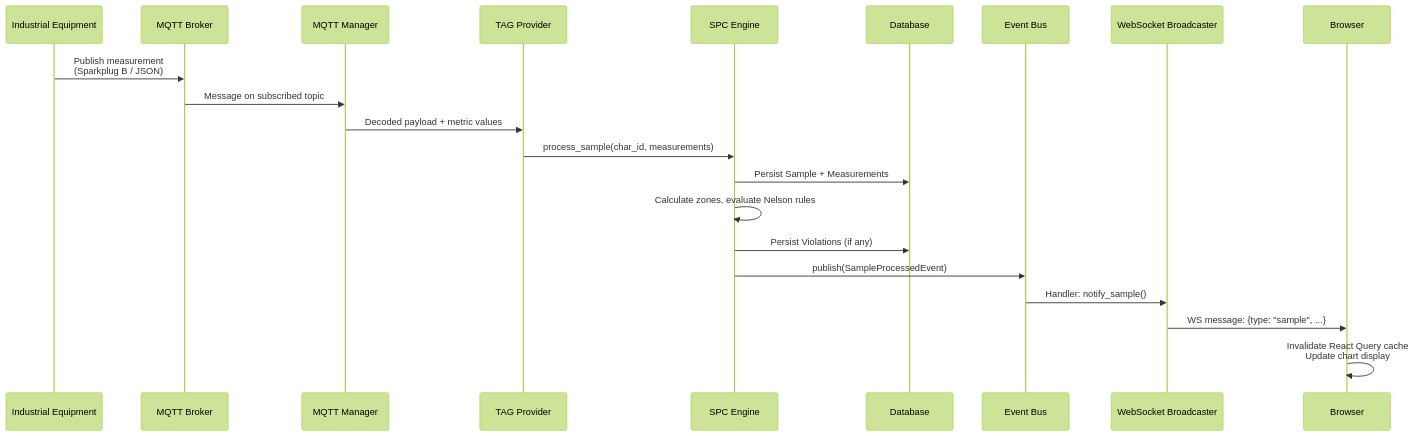
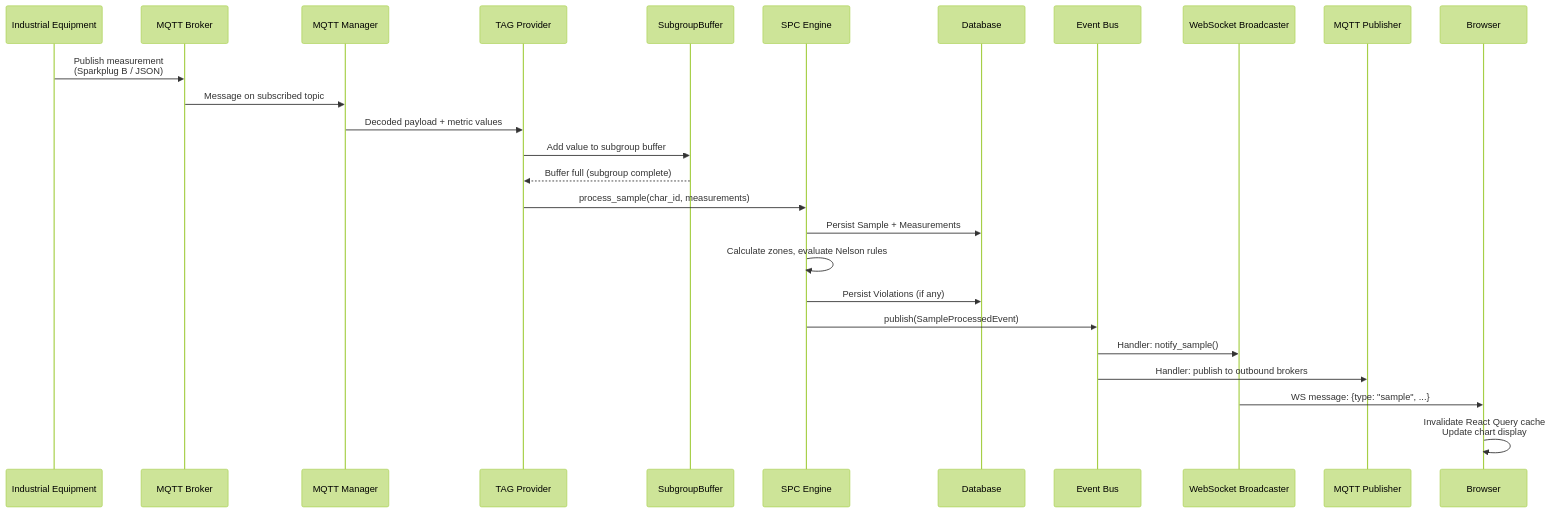
The ninth of 14 diagrams in docs/architecture.md (djbrandl/OpenSPC), drawn with Mermaid (forest theme) before and after one commit. The commit also changed other lines of this file and 25 other files, not shown here.

````diff
--- a/docs/architecture.md
+++ b/docs/architecture.md
@@ -354,24 +405,29 @@
 ```mermaid
 sequenceDiagram
     participant PLC as Industrial Equipment
     participant Broker as MQTT Broker
     participant MQTT as MQTT Manager
     participant TAG as TAG Provider
+    participant Buffer as SubgroupBuffer
     participant Engine as SPC Engine
     participant DB as Database
     participant Bus as Event Bus
     participant WS as WebSocket Broadcaster
+    participant PUB as MQTT Publisher
     participant Browser
 
     PLC->>Broker: Publish measurement<br/>(Sparkplug B / JSON)
     Broker->>MQTT: Message on subscribed topic
     MQTT->>TAG: Decoded payload + metric values
+    TAG->>Buffer: Add value to subgroup buffer
+    Buffer-->>TAG: Buffer full (subgroup complete)
     TAG->>Engine: process_sample(char_id, measurements)
     Engine->>DB: Persist Sample + Measurements
     Engine->>Engine: Calculate zones, evaluate Nelson rules
     Engine->>DB: Persist Violations (if any)
     Engine->>Bus: publish(SampleProcessedEvent)
     Bus->>WS: Handler: notify_sample()
+    Bus->>PUB: Handler: publish to outbound brokers
     WS->>Browser: WS message: {type: "sample", ...}
     Browser->>Browser: Invalidate React Query cache<br/>Update chart display
 ```
````
